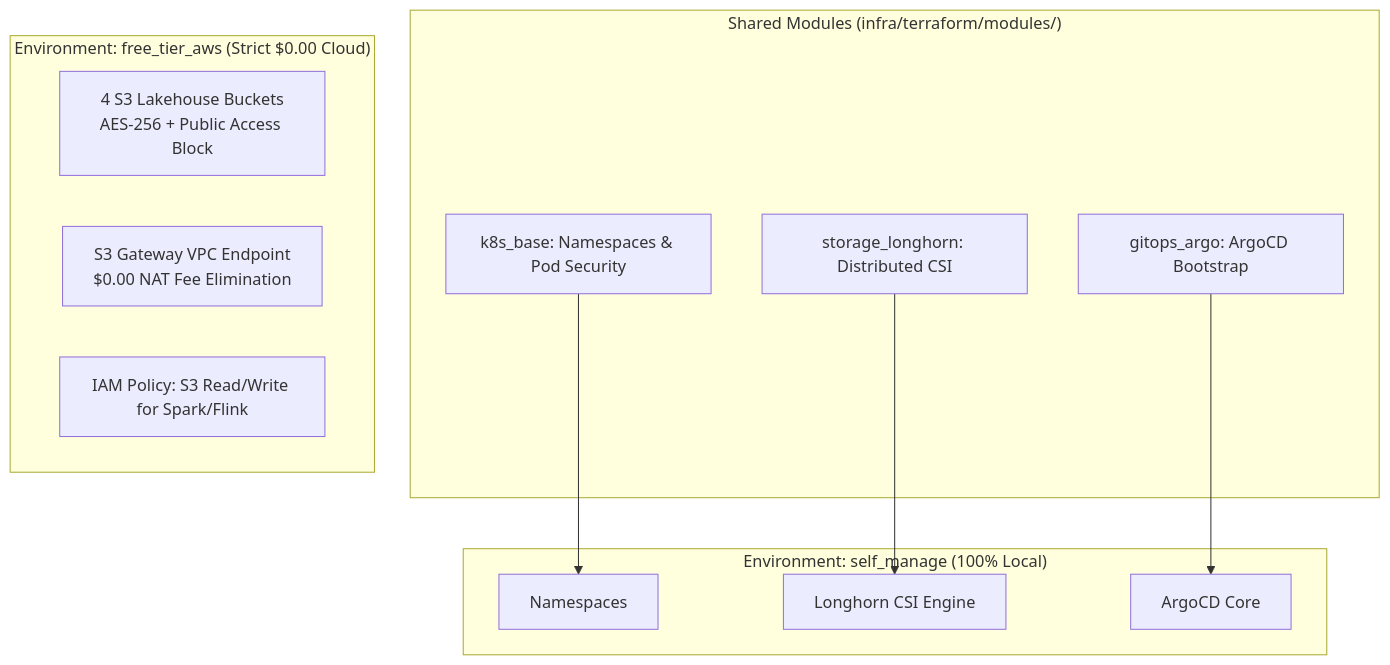
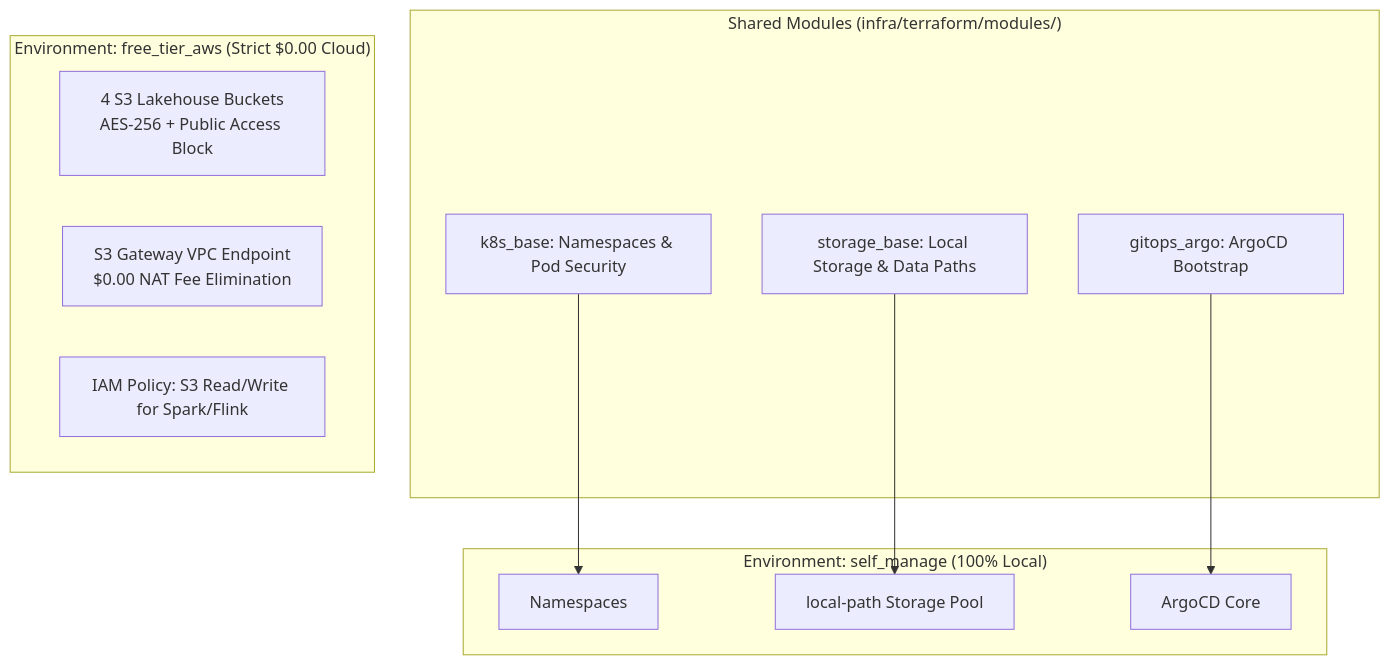
Before and after one commit to gxxtrp/CloudNative-DataPlatform: the diagram in docs/infra/environments.md, drawn with Mermaid. The commit also changed other lines of this file and 4 other files, not shown here.

First line of the commit message:
docs: update platform documentation for single-node k3s and local-path storage

````diff
--- a/docs/infra/environments.md
+++ b/docs/infra/environments.md
@@ -12,20 +12,20 @@
 ```mermaid
 flowchart TD
     subgraph Modules["Shared Modules (infra/terraform/modules/)"]
         M1[k8s_base: Namespaces & Pod Security]
-        M2[storage_longhorn: Distributed CSI]
+        M2[storage_base: Local Storage & Data Paths]
         M3[gitops_argo: ArgoCD Bootstrap]
     end
 
     subgraph SelfManage["Environment: self_manage (100% Local)"]
         M1 --> SM_NS[Namespaces]
-        M2 --> SM_CSI[Longhorn CSI Engine]
+        M2 --> SM_CSI[local-path Storage Pool]
         M3 --> SM_ARGO[ArgoCD Core]
     end
 
     subgraph AWSFreeTier["Environment: free_tier_aws (Strict $0.00 Cloud)"]
         S3_B[4 S3 Lakehouse Buckets<br/>AES-256 + Public Access Block]
         VPC_E[S3 Gateway VPC Endpoint<br/>$0.00 NAT Fee Elimination]
         IAM_R[IAM Policy: S3 Read/Write for Spark/Flink]
     end
 ```
````
